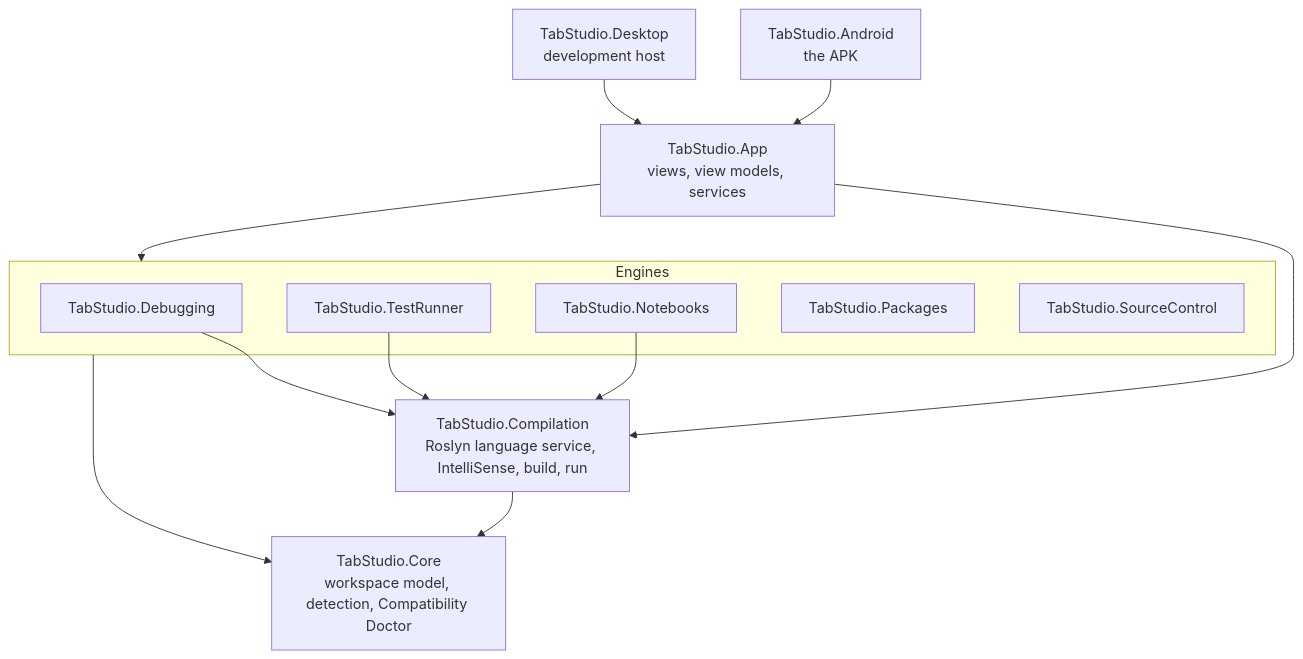
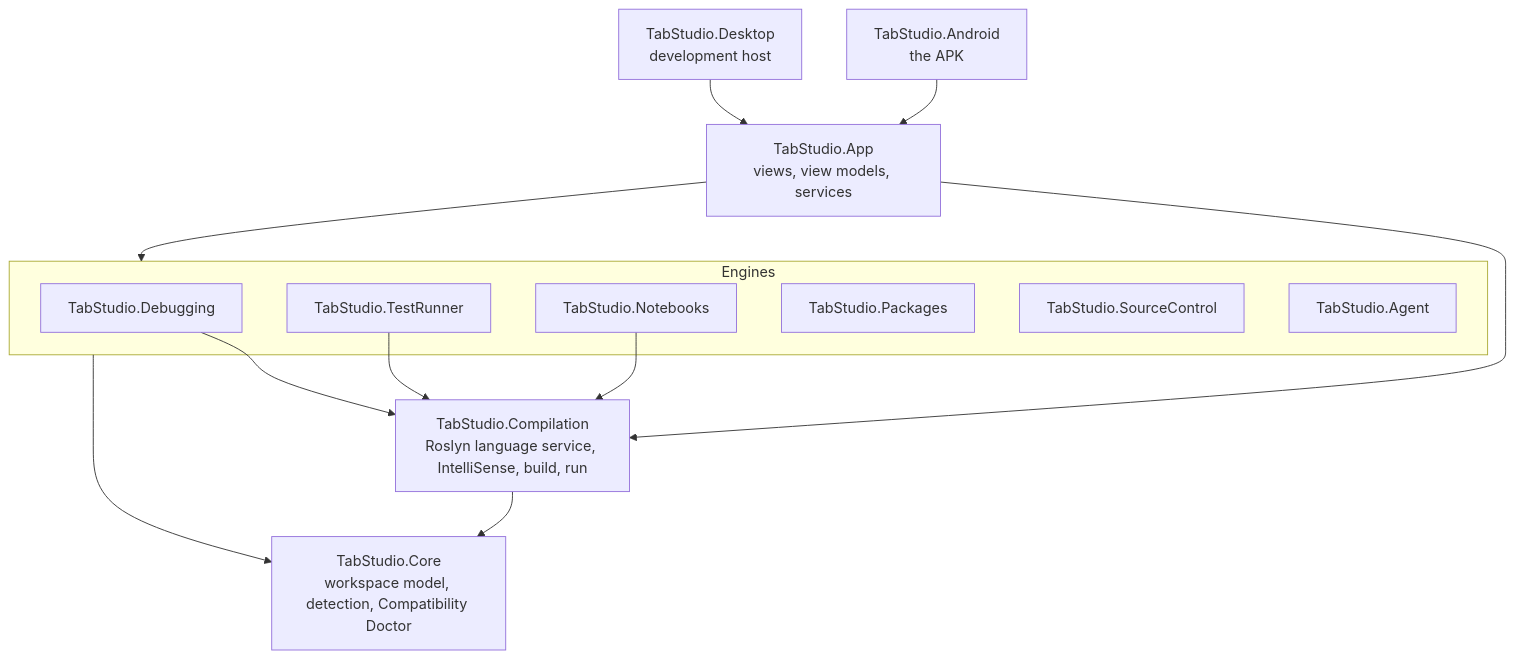
Before and after one commit to yahav2898/tabstudio: the first of 2 diagrams in docs/ARCHITECTURE.md, drawn with Mermaid. The commit also changed other lines of this file, not shown here.

First line of the commit message:
Document the agent, workspace snapshots and skeleton references

````diff
--- a/docs/ARCHITECTURE.md
+++ b/docs/ARCHITECTURE.md
@@ -9,20 +9,21 @@
 ```mermaid
 flowchart TB
     Android["TabStudio.Android<br/>the APK"] --> App
     Desktop["TabStudio.Desktop<br/>development host"] --> App
     App["TabStudio.App<br/>views, view models, services"] --> Engines
     subgraph Engines["Engines"]
         Debugging["TabStudio.Debugging"]
         TestRunner["TabStudio.TestRunner"]
         Notebooks["TabStudio.Notebooks"]
         Packages["TabStudio.Packages"]
         SourceControl["TabStudio.SourceControl"]
+        Agent["TabStudio.Agent"]
     end
     Debugging --> Compilation
     TestRunner --> Compilation
     Notebooks --> Compilation
     Engines --> Core
     App --> Compilation
     Compilation["TabStudio.Compilation<br/>Roslyn language service, IntelliSense, build, run"] --> Core
     Core["TabStudio.Core<br/>workspace model, detection, Compatibility Doctor"]
 ```
````
